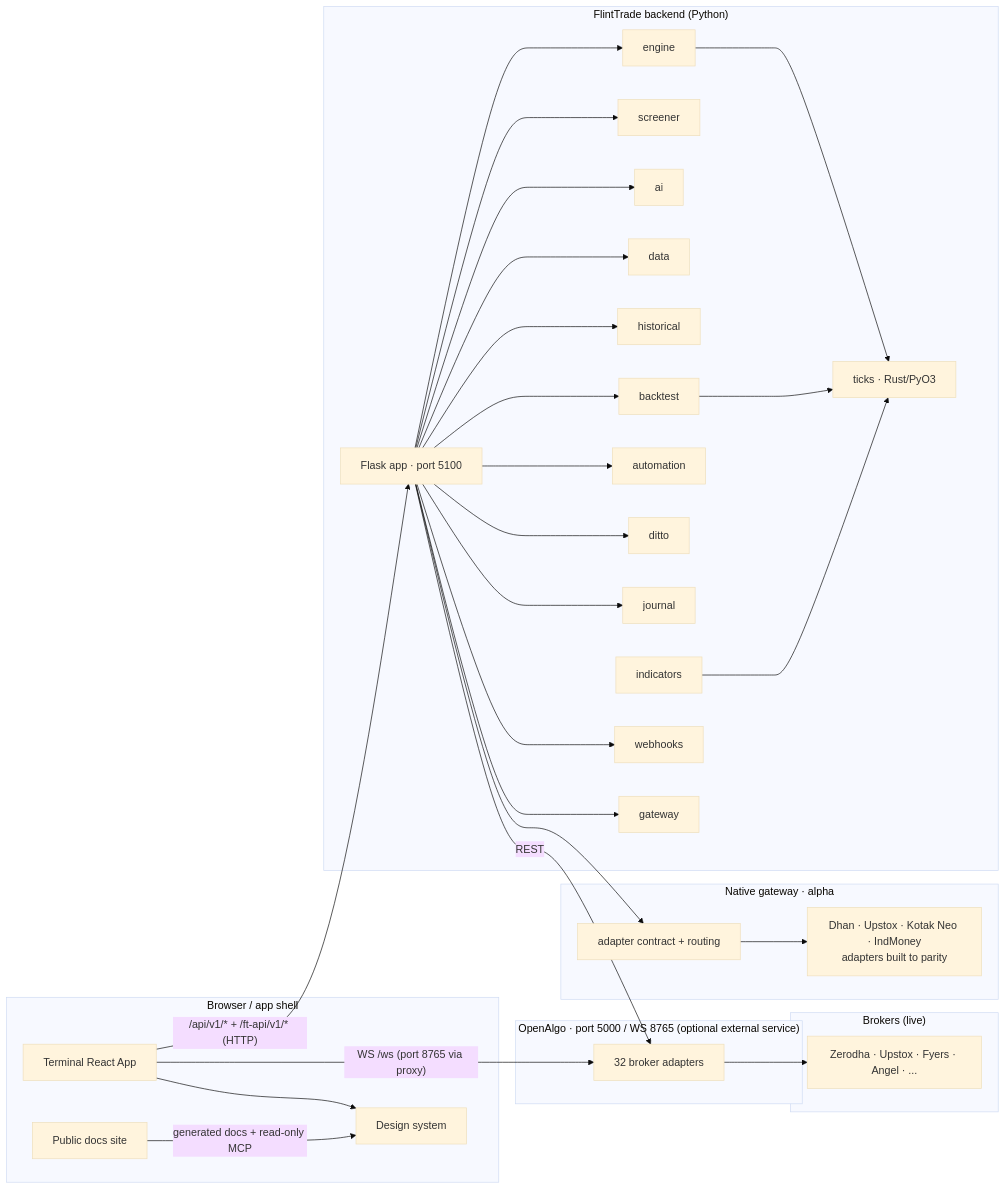
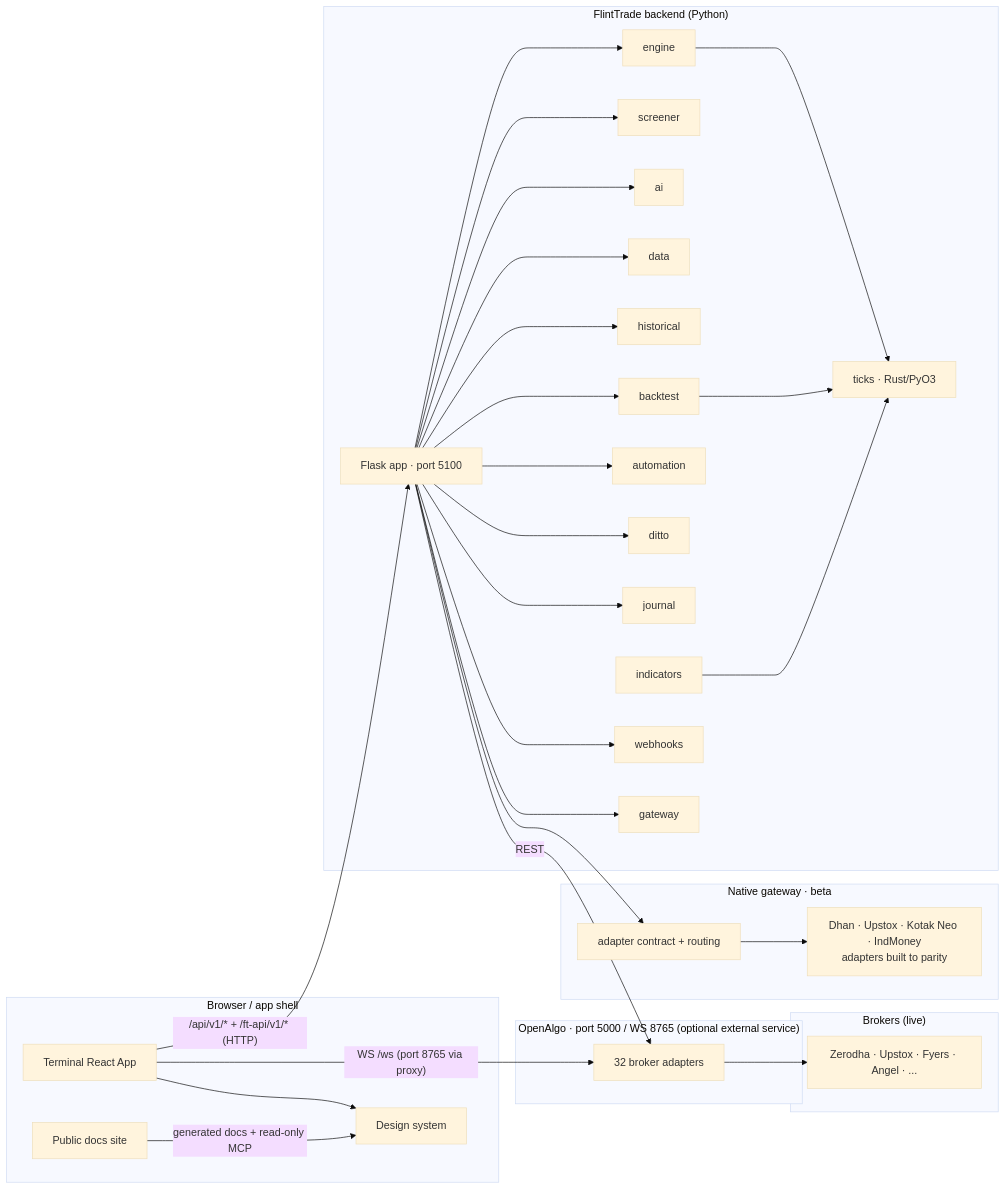
Before and after one commit to navaneeshnagarajan/FlintTrade: the first of 5 diagrams in docs/ARCHITECTURE.md, drawn with Mermaid (base theme). The commit also changed other lines of this file and 43 other files, not shown here.

````diff
--- a/docs/ARCHITECTURE.md
+++ b/docs/ARCHITECTURE.md
@@ -16,61 +16,61 @@
 ```mermaid
 flowchart LR
     subgraph Browser["Browser / app shell"]
         T[Terminal React App]
         SITE[Public docs site]
         DS[Design system]
     end
 
     subgraph Backend["FlintTrade backend (Python)"]
         F[Flask app · port 5100]
         E[engine]
         S[screener]
         AI[ai]
         D[data]
         H[historical]
         BT[backtest]
         AUT[automation]
         DIT[ditto]
         JNL[journal]
         IND[indicators]
         ING[webhooks]
         GW[gateway]
         TICK[ticks · Rust/PyO3]
     end
 
-    subgraph NativeGateway["Native gateway · alpha"]
+    subgraph NativeGateway["Native gateway · beta"]
         NGA[adapter contract + routing]
         DHAN[Dhan · Upstox · Kotak Neo · IndMoney<br/>adapters built to parity]
     end
 
     subgraph OpenAlgo["OpenAlgo · port 5000 / WS 8765 (optional external service)"]
         OA[32 broker adapters]
     end
 
     subgraph Brokers["Brokers (live)"]
         B1[Zerodha · Upstox · Fyers · Angel · ...]
     end
 
     T -- "/api/v1/* + /ft-api/v1/* (HTTP)" --> F
     T -- "WS /ws (port 8765 via proxy)" --> OA
     SITE -- "generated docs + read-only MCP" --> DS
     T --> DS
     F --> E
     F --> S
     F --> AI
     F --> D
     F --> H
     F --> BT
     F --> AUT
     F --> DIT
     F --> JNL
     F --> ING
     F --> GW
     E --> TICK
     BT --> TICK
     IND --> TICK
     F --> NGA
     NGA --> DHAN
     F -- "REST" --> OA
     OA --> B1
 ```
````
